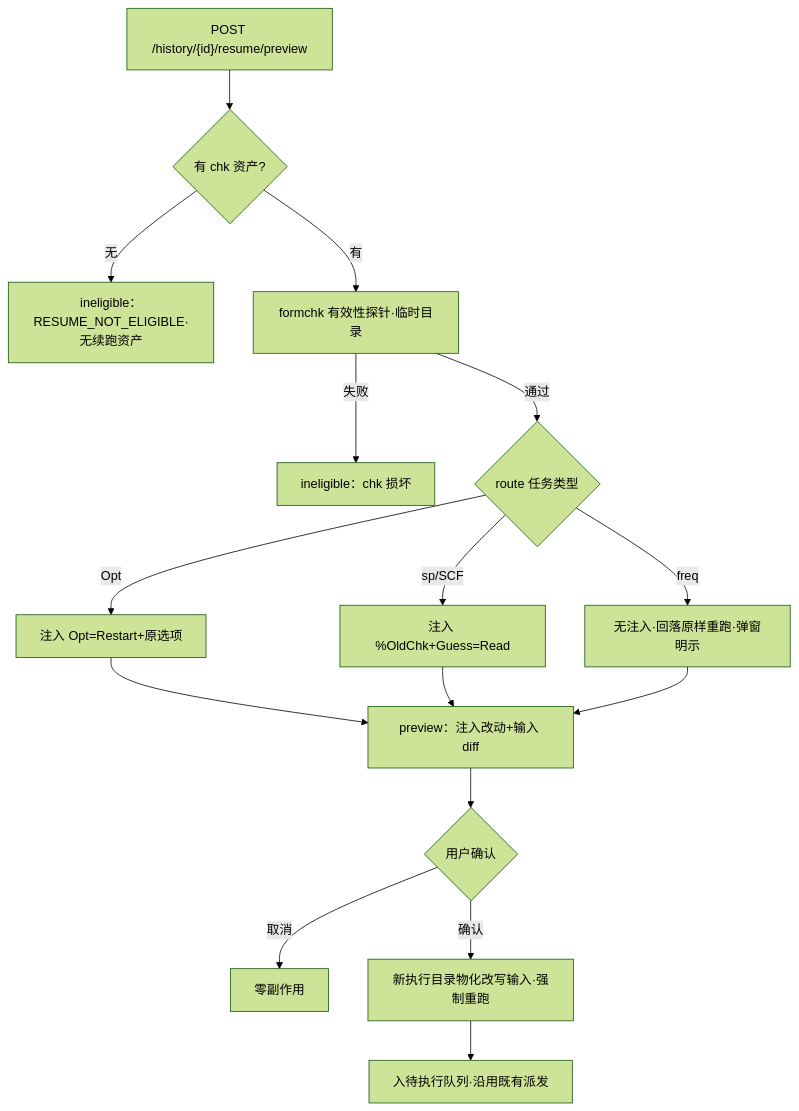
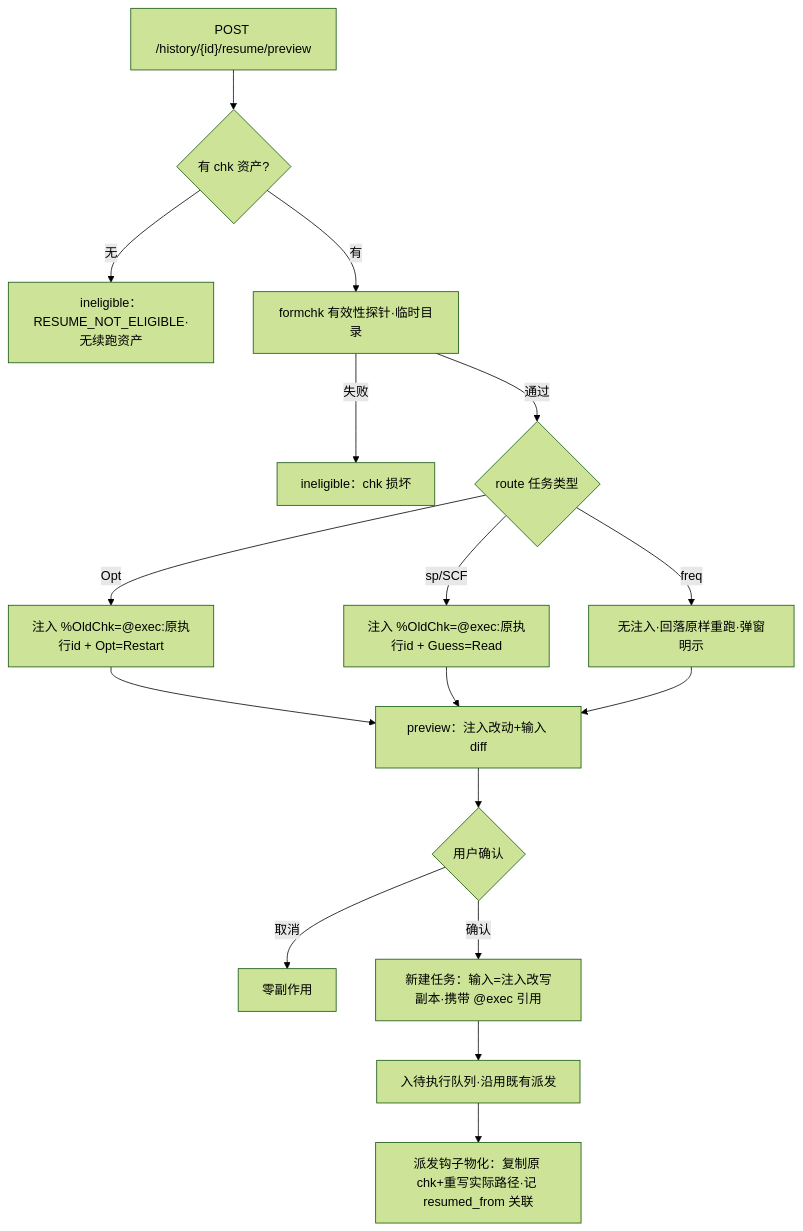
The fifth of 6 diagrams in docs/plans/m3-m4-plan.md (baizhancaiji/gauforge), drawn with Mermaid (forest theme) before and after one commit. The commit also changed other lines of this file, not shown here.

````diff
--- a/docs/plans/m3-m4-plan.md
+++ b/docs/plans/m3-m4-plan.md
@@ -587,18 +723,19 @@
 ```mermaid
 flowchart TD
     RES["POST /history/{id}/resume/preview"] --> HAS{有 chk 资产?}
     HAS -->|无| INEL[ineligible：RESUME_NOT_ELIGIBLE·无续跑资产]
     HAS -->|有| PROBE[formchk 有效性探针·临时目录]
     PROBE -->|失败| INEL2[ineligible：chk 损坏]
     PROBE -->|通过| TYPE{route 任务类型}
-    TYPE -->|Opt| INJ1[注入 Opt=Restart+原选项]
-    TYPE -->|sp/SCF| INJ2["注入 %OldChk+Guess=Read"]
+    TYPE -->|Opt| INJ1["注入 %OldChk=@exec:原执行id + Opt=Restart"]
+    TYPE -->|sp/SCF| INJ2["注入 %OldChk=@exec:原执行id + Guess=Read"]
     TYPE -->|freq| INJ3[无注入·回落原样重跑·弹窗明示]
     INJ1 --> DIFF[preview：注入改动+输入 diff]
     INJ2 --> DIFF
     INJ3 --> DIFF
     DIFF --> CONF{用户确认}
     CONF -->|取消| STOP[零副作用]
-    CONF -->|确认| MAT[新执行目录物化改写输入·强制重跑]
-    MAT --> SEAT[入待执行队列·沿用既有派发]
+    CONF -->|确认| NEWT[新建任务：输入=注入改写副本·携带 @exec 引用]
+    NEWT --> SEAT[入待执行队列·沿用既有派发]
+    SEAT --> MAT[派发钩子物化：复制原 chk+重写实际路径·记 resumed_from 关联]
 ```
````
